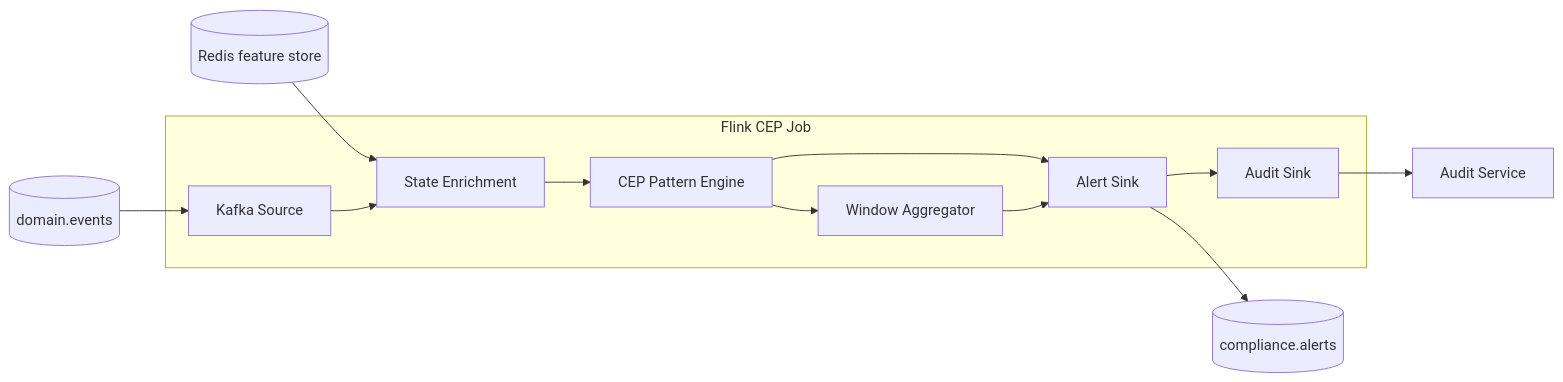
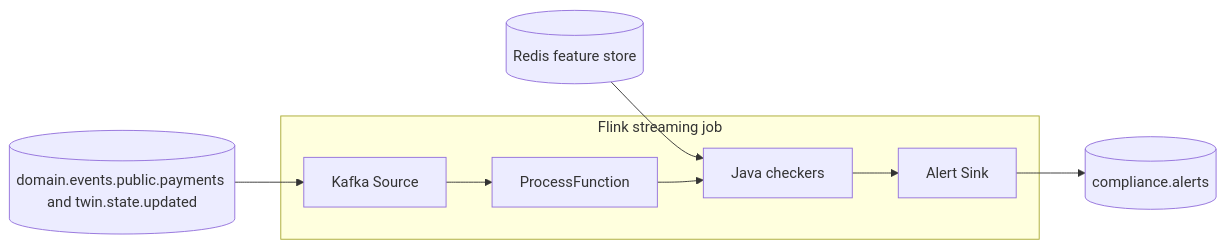
Before and after one commit to SafetyMP/Financial-Digital-Twin-Compliance: the third of 5 diagrams in docs/architecture.md, drawn with Mermaid. The commit also changed other lines of this file and 1 other file, not shown here.

Commit message:
Describe the Flink job and report fixture the way the code runs.

````diff
--- a/docs/architecture.md
+++ b/docs/architecture.md
@@ -309,20 +297,14 @@
 ```mermaid
 flowchart LR
-  subgraph flinkJob [Flink CEP Job]
+  subgraph flinkJob [Flink streaming job]
     source[Kafka Source]
-    enrich[State Enrichment]
-    cep[CEP Pattern Engine]
-    window[Window Aggregator]
+    process[ProcessFunction]
+    checkers[Java checkers]
     sinkAlert[Alert Sink]
-    sinkAudit[Audit Sink]
   end
 
-  kafkaIn[(domain.events)] --> source
-  redis[(Redis feature store)] --> enrich
-  source --> enrich --> cep --> window
-  cep --> sinkAlert
-  window --> sinkAlert
+  kafkaIn[(domain.events.public.payments and twin.state.updated)] --> source
+  redis[(Redis feature store)] --> checkers
+  source --> process --> checkers --> sinkAlert
   sinkAlert --> kafkaAlerts[(compliance.alerts)]
-  sinkAlert --> sinkAudit
-  sinkAudit --> auditSvc[Audit Service]
 ```
````
